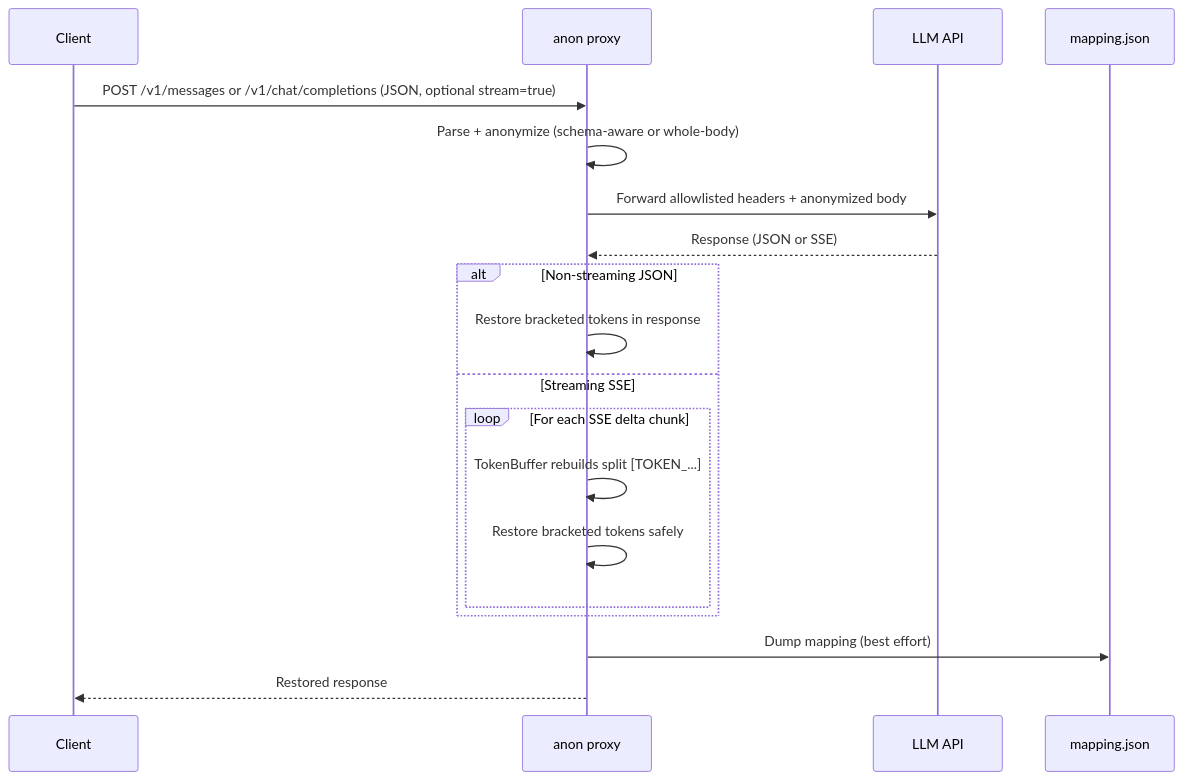
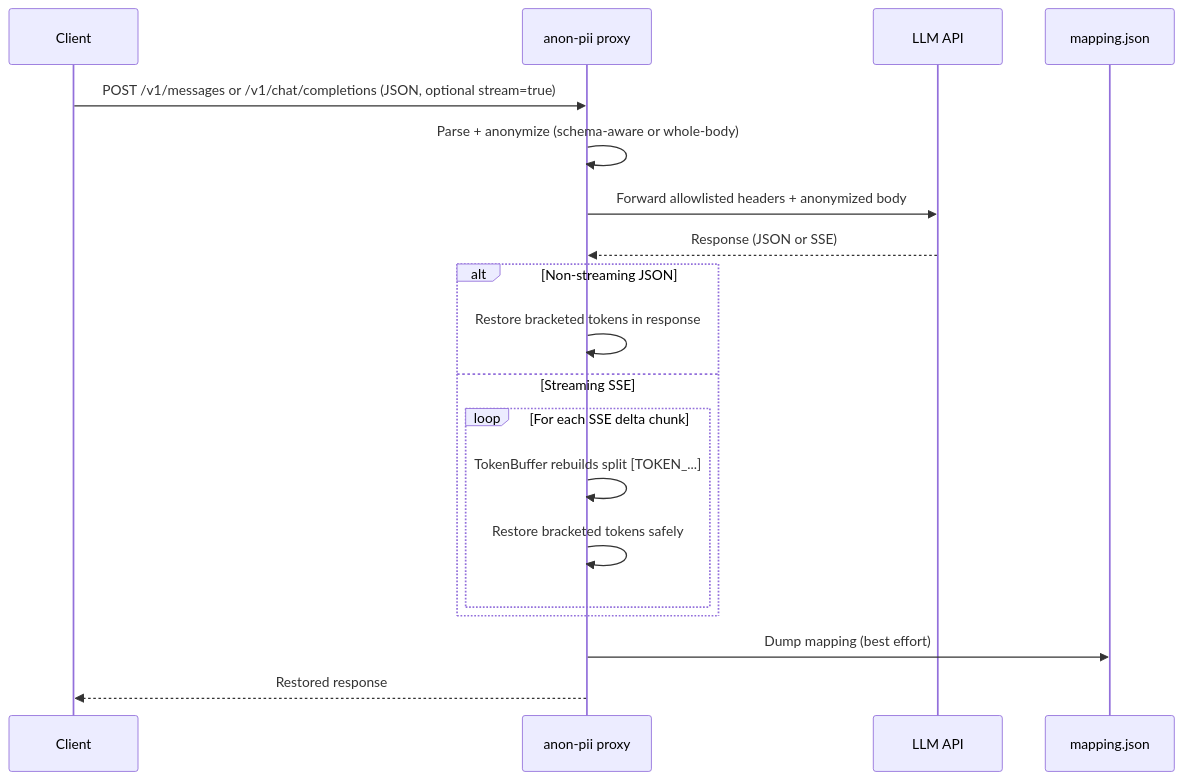
Before and after one commit to tcheuD/anon-pii: the first of 2 diagrams in docs/proxy.md, drawn with Mermaid. The commit also changed other lines of this file and 16 other files, not shown here.

````diff
--- a/docs/proxy.md
+++ b/docs/proxy.md
@@ -23,24 +23,24 @@
 ```mermaid
 sequenceDiagram
     participant C as Client
-    participant P as anon proxy
+    participant P as anon-pii proxy
     participant A as LLM API
     participant F as mapping.json
 
     C->>P: POST /v1/messages or /v1/chat/completions (JSON, optional stream=true)
     P->>P: Parse + anonymize (schema-aware or whole-body)
     P->>A: Forward allowlisted headers + anonymized body
     A-->>P: Response (JSON or SSE)
 
     alt Non-streaming JSON
         P->>P: Restore bracketed tokens in response
     else Streaming SSE
         loop For each SSE delta chunk
             P->>P: TokenBuffer rebuilds split [TOKEN_...]
             P->>P: Restore bracketed tokens safely
         end
     end
 
     P->>F: Dump mapping (best effort)
     P-->>C: Restored response
 ```
````
